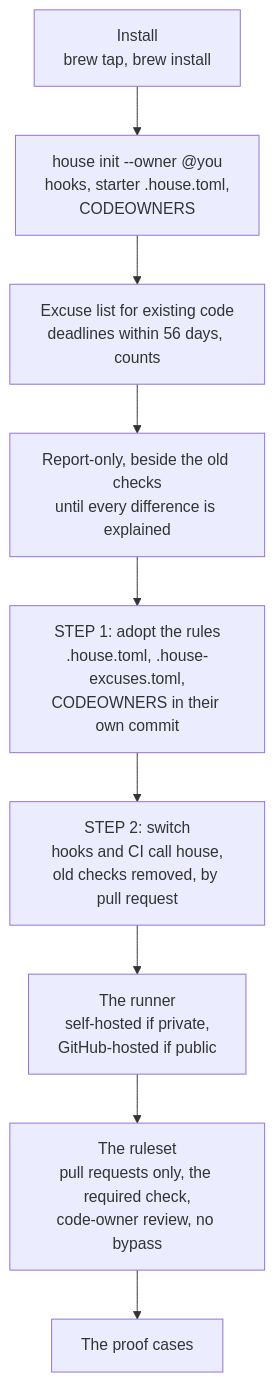
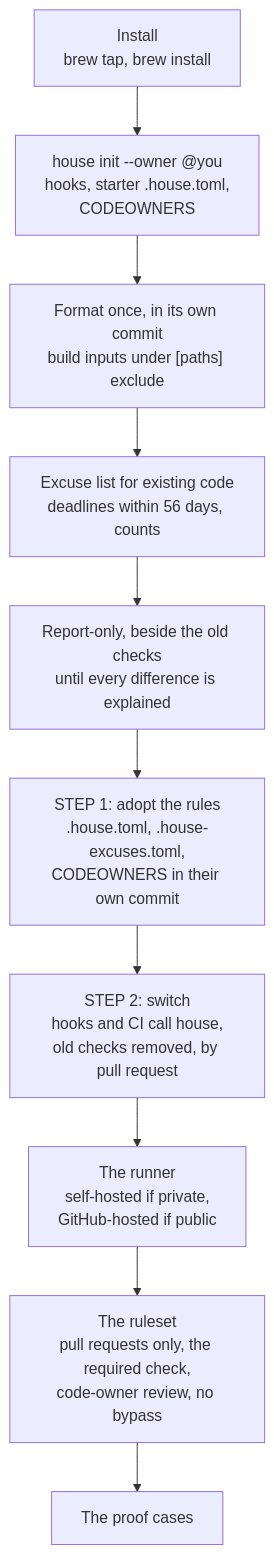
Before and after one commit to flight-william/housekeeper: the first of 2 diagrams in docs/adopting.md, drawn with Mermaid. The commit also changed other lines of this file and 4 other files, not shown here.

````diff
--- a/docs/adopting.md
+++ b/docs/adopting.md
@@ -25,11 +25,12 @@
 ```mermaid
 flowchart TD
     I["Install<br/>brew tap, brew install"] --> N["house init --owner @you<br/>hooks, starter .house.toml,<br/>CODEOWNERS"]
-    N --> E["Excuse list for existing code<br/>deadlines within 56 days, counts"]
+    N --> F["Format once, in its own commit<br/>build inputs under [paths] exclude"]
+    F --> E["Excuse list for existing code<br/>deadlines within 56 days, counts"]
     E --> RO["Report-only, beside the old checks<br/>until every difference is explained"]
     RO --> S1["STEP 1: adopt the rules<br/>.house.toml, .house-excuses.toml,<br/>CODEOWNERS in their own commit"]
     S1 --> S2["STEP 2: switch<br/>hooks and CI call house,<br/>old checks removed, by pull request"]
     S2 --> RN["The runner<br/>self-hosted if private,<br/>GitHub-hosted if public"]
     RN --> RS["The ruleset<br/>pull requests only, the required check,<br/>code-owner review, no bypass"]
     RS --> PC["The proof cases"]
 ```
````
